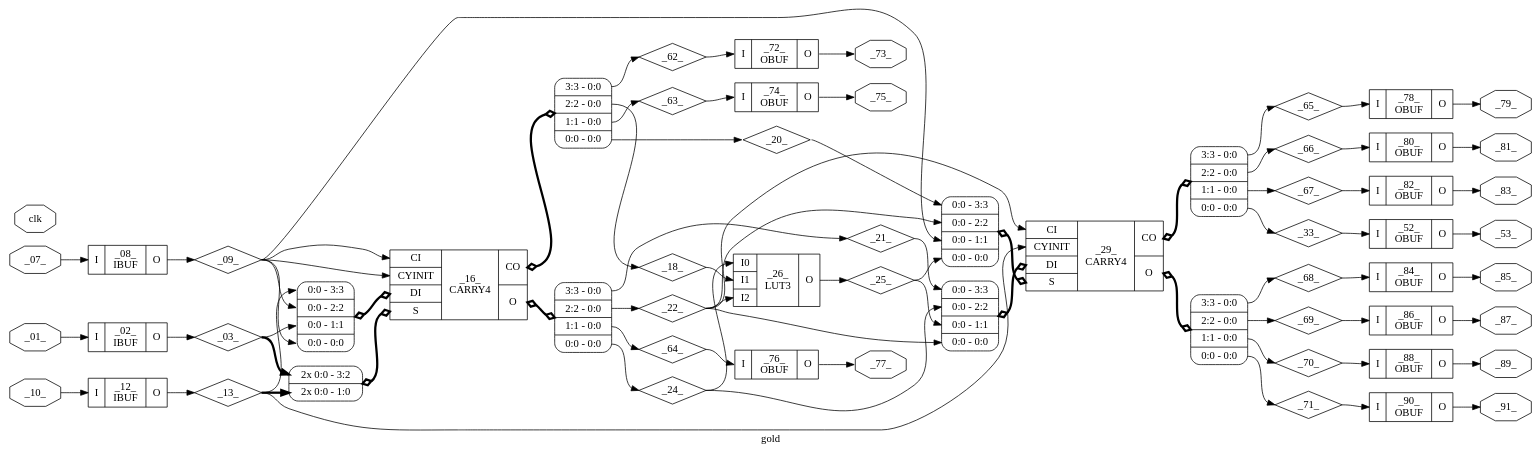
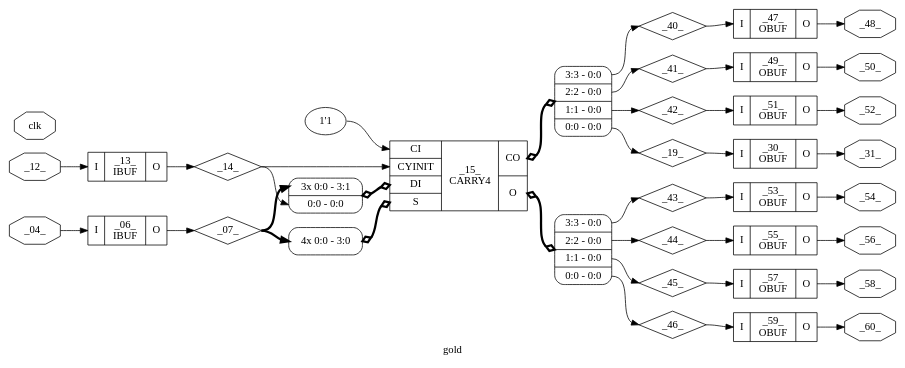
One commit to splogdes/fuznet changed the diagram in bug_dir/synth.dot. Above: the diagram before and after it, drawn with Graphviz. The commit also changed 12 other files, not shown here.

```diff
--- a/bug_dir/synth.dot
+++ b/bug_dir/synth.dot
@@ -2,138 +2,78 @@
 label="gold";
 rankdir="LR";
 remincross=true;
-n1 [ shape=diamond, label="_71_", color="black", fontcolor="black"];
-n2 [ shape=diamond, label="_70_", color="black", fontcolor="black"];
-n3 [ shape=diamond, label="_69_", color="black", fontcolor="black"];
-n4 [ shape=diamond, label="_68_", color="black", fontcolor="black"];
-n5 [ shape=diamond, label="_67_", color="black", fontcolor="black"];
-n6 [ shape=diamond, label="_66_", color="black", fontcolor="black"];
-n7 [ shape=diamond, label="_65_", color="black", fontcolor="black"];
-n8 [ shape=diamond, label="_64_", color="black", fontcolor="black"];
-n9 [ shape=diamond, label="_63_", color="black", fontcolor="black"];
-n10 [ shape=diamond, label="_62_", color="black", fontcolor="black"];
-n11 [ shape=diamond, label="_33_", color="black", fontcolor="black"];
-n12 [ shape=diamond, label="_25_", color="black", fontcolor="black"];
-n13 [ shape=diamond, label="_24_", color="black", fontcolor="black"];
-n14 [ shape=diamond, label="_22_", color="black", fontcolor="black"];
-n15 [ shape=diamond, label="_21_", color="black", fontcolor="black"];
-n16 [ shape=diamond, label="_20_", color="black", fontcolor="black"];
-n17 [ shape=diamond, label="_18_", color="black", fontcolor="black"];
-n18 [ shape=diamond, label="_13_", color="black", fontcolor="black"];
-n19 [ shape=diamond, label="_09_", color="black", fontcolor="black"];
-n20 [ shape=diamond, label="_03_", color="black", fontcolor="black"];
-n21 [ shape=octagon, label="_91_", color="black", fontcolor="black"];
-n22 [ shape=octagon, label="_89_", color="black", fontcolor="black"];
-n23 [ shape=octagon, label="_87_", color="black", fontcolor="black"];
-n24 [ shape=octagon, label="_85_", color="black", fontcolor="black"];
-n25 [ shape=octagon, label="_83_", color="black", fontcolor="black"];
-n26 [ shape=octagon, label="_81_", color="black", fontcolor="black"];
-n27 [ shape=octagon, label="_79_", color="black", fontcolor="black"];
-n28 [ shape=octagon, label="_77_", color="black", fontcolor="black"];
-n29 [ shape=octagon, label="_75_", color="black", fontcolor="black"];
-n30 [ shape=octagon, label="_73_", color="black", fontcolor="black"];
-n31 [ shape=octagon, label="_53_", color="black", fontcolor="black"];
-n32 [ shape=octagon, label="clk", color="black", fontcolor="black"];
-n33 [ shape=octagon, label="_10_", color="black", fontcolor="black"];
-n34 [ shape=octagon, label="_07_", color="black", fontcolor="black"];
-n35 [ shape=octagon, label="_01_", color="black", fontcolor="black"];
-c38 [ shape=record, label="{{<p36> I}|_90_\nOBUF|{<p37> O}}",  ];
-c39 [ shape=record, label="{{<p36> I}|_88_\nOBUF|{<p37> O}}",  ];
-c40 [ shape=record, label="{{<p36> I}|_86_\nOBUF|{<p37> O}}",  ];
-c41 [ shape=record, label="{{<p36> I}|_84_\nOBUF|{<p37> O}}",  ];
-c42 [ shape=record, label="{{<p36> I}|_82_\nOBUF|{<p37> O}}",  ];
-c43 [ shape=record, label="{{<p36> I}|_80_\nOBUF|{<p37> O}}",  ];
-c44 [ shape=record, label="{{<p36> I}|_78_\nOBUF|{<p37> O}}",  ];
-c45 [ shape=record, label="{{<p36> I}|_76_\nOBUF|{<p37> O}}",  ];
-c46 [ shape=record, label="{{<p36> I}|_74_\nOBUF|{<p37> O}}",  ];
-c47 [ shape=record, label="{{<p36> I}|_72_\nOBUF|{<p37> O}}",  ];
-c48 [ shape=record, label="{{<p36> I}|_52_\nOBUF|{<p37> O}}",  ];
-c54 [ shape=record, label="{{<p49> CI|<p50> CYINIT|<p51> DI|<p52> S}|_29_\nCARRY4|{<p53> CO|<p37> O}}",  ];
-x0 [ shape=record, style=rounded, label="<s3> 0:0 - 3:3 |<s2> 0:0 - 2:2 |<s1> 0:0 - 1:1 |<s0> 0:0 - 0:0 ", color="black", fontcolor="black" ];
-x0:e -> c54:p52:w [arrowhead=odiamond, arrowtail=odiamond, dir=both, color="black", fontcolor="black", style="setlinewidth(3)", label=""];
+n1 [ shape=diamond, label="_46_", color="black", fontcolor="black"];
+n2 [ shape=diamond, label="_45_", color="black", fontcolor="black"];
+n3 [ shape=diamond, label="_44_", color="black", fontcolor="black"];
+n4 [ shape=diamond, label="_43_", color="black", fontcolor="black"];
+n5 [ shape=diamond, label="_42_", color="black", fontcolor="black"];
+n6 [ shape=diamond, label="_41_", color="black", fontcolor="black"];
+n7 [ shape=diamond, label="_40_", color="black", fontcolor="black"];
+n8 [ shape=diamond, label="_19_", color="black", fontcolor="black"];
+n9 [ shape=diamond, label="_14_", color="black", fontcolor="black"];
+n10 [ shape=diamond, label="_07_", color="black", fontcolor="black"];
+n11 [ shape=octagon, label="_60_", color="black", fontcolor="black"];
+n12 [ shape=octagon, label="_58_", color="black", fontcolor="black"];
+n13 [ shape=octagon, label="_56_", color="black", fontcolor="black"];
+n14 [ shape=octagon, label="_54_", color="black", fontcolor="black"];
+n15 [ shape=octagon, label="_52_", color="black", fontcolor="black"];
+n16 [ shape=octagon, label="_50_", color="black", fontcolor="black"];
+n17 [ shape=octagon, label="_48_", color="black", fontcolor="black"];
+n18 [ shape=octagon, label="_31_", color="black", fontcolor="black"];
+n19 [ shape=octagon, label="_12_", color="black", fontcolor="black"];
+n20 [ shape=octagon, label="clk", color="black", fontcolor="black"];
+n21 [ shape=octagon, label="_04_", color="black", fontcolor="black"];
+c24 [ shape=record, label="{{<p22> I}|_59_\nOBUF|{<p23> O}}",  ];
+c25 [ shape=record, label="{{<p22> I}|_57_\nOBUF|{<p23> O}}",  ];
+c26 [ shape=record, label="{{<p22> I}|_55_\nOBUF|{<p23> O}}",  ];
+c27 [ shape=record, label="{{<p22> I}|_53_\nOBUF|{<p23> O}}",  ];
+c28 [ shape=record, label="{{<p22> I}|_51_\nOBUF|{<p23> O}}",  ];
+c29 [ shape=record, label="{{<p22> I}|_49_\nOBUF|{<p23> O}}",  ];
+c30 [ shape=record, label="{{<p22> I}|_47_\nOBUF|{<p23> O}}",  ];
+c31 [ shape=record, label="{{<p22> I}|_30_\nOBUF|{<p23> O}}",  ];
+v4 [ label="1'1" ];
+c37 [ shape=record, label="{{<p32> CI|<p33> CYINIT|<p34> DI|<p35> S}|_15_\nCARRY4|{<p36> CO|<p23> O}}",  ];
+x0 [ shape=record, style=rounded, label="<s3> 4x 0:0 - 3:0 ", color="black", fontcolor="black" ];
+x0:e -> c37:p35:w [arrowhead=odiamond, arrowtail=odiamond, dir=both, color="black", fontcolor="black", style="setlinewidth(3)", label=""];
 x1 [ shape=record, style=rounded, label="<s3> 3:3 - 0:0 |<s2> 2:2 - 0:0 |<s1> 1:1 - 0:0 |<s0> 0:0 - 0:0 ", color="black", fontcolor="black" ];
-c54:p37:e -> x1:w [arrowhead=odiamond, arrowtail=odiamond, dir=both, color="black", fontcolor="black", style="setlinewidth(3)", label=""];
-x2 [ shape=record, style=rounded, label="<s3> 0:0 - 3:3 |<s2> 0:0 - 2:2 |<s1> 0:0 - 1:1 |<s0> 0:0 - 0:0 ", color="black", fontcolor="black" ];
-x2:e -> c54:p51:w [arrowhead=odiamond, arrowtail=odiamond, dir=both, color="black", fontcolor="black", style="setlinewidth(3)", label=""];
+c37:p23:e -> x1:w [arrowhead=odiamond, arrowtail=odiamond, dir=both, color="black", fontcolor="black", style="setlinewidth(3)", label=""];
+x2 [ shape=record, style=rounded, label="<s3> 3x 0:0 - 3:1 |<s0> 0:0 - 0:0 ", color="black", fontcolor="black" ];
+x2:e -> c37:p34:w [arrowhead=odiamond, arrowtail=odiamond, dir=both, color="black", fontcolor="black", style="setlinewidth(3)", label=""];
 x3 [ shape=record, style=rounded, label="<s3> 3:3 - 0:0 |<s2> 2:2 - 0:0 |<s1> 1:1 - 0:0 |<s0> 0:0 - 0:0 ", color="black", fontcolor="black" ];
-c54:p53:e -> x3:w [arrowhead=odiamond, arrowtail=odiamond, dir=both, color="black", fontcolor="black", style="setlinewidth(3)", label=""];
-c58 [ shape=record, label="{{<p55> I0|<p56> I1|<p57> I2}|_26_\nLUT3|{<p37> O}}",  ];
-c59 [ shape=record, label="{{<p49> CI|<p50> CYINIT|<p51> DI|<p52> S}|_16_\nCARRY4|{<p53> CO|<p37> O}}",  ];
-x4 [ shape=record, style=rounded, label="<s3> 2x 0:0 - 3:2 |<s1> 2x 0:0 - 1:0 ", color="black", fontcolor="black" ];
-x4:e -> c59:p52:w [arrowhead=odiamond, arrowtail=odiamond, dir=both, color="black", fontcolor="black", style="setlinewidth(3)", label=""];
-x5 [ shape=record, style=rounded, label="<s3> 3:3 - 0:0 |<s2> 2:2 - 0:0 |<s1> 1:1 - 0:0 |<s0> 0:0 - 0:0 ", color="black", fontcolor="black" ];
-c59:p37:e -> x5:w [arrowhead=odiamond, arrowtail=odiamond, dir=both, color="black", fontcolor="black", style="setlinewidth(3)", label=""];
-x6 [ shape=record, style=rounded, label="<s3> 0:0 - 3:3 |<s2> 0:0 - 2:2 |<s1> 0:0 - 1:1 |<s0> 0:0 - 0:0 ", color="black", fontcolor="black" ];
-x6:e -> c59:p51:w [arrowhead=odiamond, arrowtail=odiamond, dir=both, color="black", fontcolor="black", style="setlinewidth(3)", label=""];
-x7 [ shape=record, style=rounded, label="<s3> 3:3 - 0:0 |<s2> 2:2 - 0:0 |<s1> 1:1 - 0:0 |<s0> 0:0 - 0:0 ", color="black", fontcolor="black" ];
-c59:p53:e -> x7:w [arrowhead=odiamond, arrowtail=odiamond, dir=both, color="black", fontcolor="black", style="setlinewidth(3)", label=""];
-c60 [ shape=record, label="{{<p36> I}|_12_\nIBUF|{<p37> O}}",  ];
-c61 [ shape=record, label="{{<p36> I}|_08_\nIBUF|{<p37> O}}",  ];
-c62 [ shape=record, label="{{<p36> I}|_02_\nIBUF|{<p37> O}}",  ];
+c37:p36:e -> x3:w [arrowhead=odiamond, arrowtail=odiamond, dir=both, color="black", fontcolor="black", style="setlinewidth(3)", label=""];
+c38 [ shape=record, label="{{<p22> I}|_13_\nIBUF|{<p23> O}}",  ];
+c39 [ shape=record, label="{{<p22> I}|_06_\nIBUF|{<p23> O}}",  ];
 x1:s0:e -> n1:w [color="black", fontcolor="black", label=""];
-n1:e -> c38:p36:w [color="black", fontcolor="black", label=""];
-x7:s3:e -> n10:w [color="black", fontcolor="black", label=""];
-n10:e -> c47:p36:w [color="black", fontcolor="black", label=""];
-x3:s0:e -> n11:w [color="black", fontcolor="black", label=""];
-n11:e -> c48:p36:w [color="black", fontcolor="black", label=""];
-c58:p37:e -> n12:w [color="black", fontcolor="black", label=""];
-n12:e -> x0:s0:w [color="black", fontcolor="black", label=""];
-n12:e -> x2:s1:w [color="black", fontcolor="black", label=""];
-x5:s0:e -> n13:w [color="black", fontcolor="black", label=""];
-n13:e -> c58:p55:w [color="black", fontcolor="black", label=""];
-n13:e -> x2:s2:w [color="black", fontcolor="black", label=""];
-x5:s2:e -> n14:w [color="black", fontcolor="black", label=""];
-n14:e -> c54:p49:w [color="black", fontcolor="black", label=""];
-n14:e -> c58:p57:w [color="black", fontcolor="black", label=""];
-n14:e -> x0:s2:w [color="black", fontcolor="black", label=""];
-n14:e -> x2:s0:w [color="black", fontcolor="black", label=""];
-x5:s3:e -> n15:w [color="black", fontcolor="black", label=""];
-n15:e -> x2:s3:w [color="black", fontcolor="black", label=""];
-x7:s0:e -> n16:w [color="black", fontcolor="black", label=""];
-n16:e -> x0:s3:w [color="black", fontcolor="black", label=""];
-x7:s2:e -> n17:w [color="black", fontcolor="black", label=""];
-n17:e -> c58:p56:w [color="black", fontcolor="black", label=""];
-c60:p37:e -> n18:w [color="black", fontcolor="black", label=""];
-n18:e -> c54:p50:w [color="black", fontcolor="black", label=""];
-n18:e -> x4:s1:w [color="black", fontcolor="black", style="setlinewidth(3)", label=""];
-n18:e -> x6:s3:w [color="black", fontcolor="black", label=""];
-c61:p37:e -> n19:w [color="black", fontcolor="black", label=""];
-n19:e -> c59:p49:w [color="black", fontcolor="black", label=""];
-n19:e -> c59:p50:w [color="black", fontcolor="black", label=""];
-n19:e -> x0:s1:w [color="black", fontcolor="black", label=""];
-n19:e -> x6:s0:w [color="black", fontcolor="black", label=""];
-n19:e -> x6:s2:w [color="black", fontcolor="black", label=""];
+n1:e -> c24:p22:w [color="black", fontcolor="black", label=""];
+c39:p23:e -> n10:w [color="black", fontcolor="black", label=""];
+n10:e -> x0:s3:w [color="black", fontcolor="black", style="setlinewidth(3)", label=""];
+n10:e -> x2:s3:w [color="black", fontcolor="black", style="setlinewidth(3)", label=""];
+c24:p23:e -> n11:w [color="black", fontcolor="black", label=""];
+c25:p23:e -> n12:w [color="black", fontcolor="black", label=""];
+c26:p23:e -> n13:w [color="black", fontcolor="black", label=""];
+c27:p23:e -> n14:w [color="black", fontcolor="black", label=""];
+c28:p23:e -> n15:w [color="black", fontcolor="black", label=""];
+c29:p23:e -> n16:w [color="black", fontcolor="black", label=""];
+c30:p23:e -> n17:w [color="black", fontcolor="black", label=""];
+c31:p23:e -> n18:w [color="black", fontcolor="black", label=""];
+n19:e -> c38:p22:w [color="black", fontcolor="black", label=""];
 x1:s1:e -> n2:w [color="black", fontcolor="black", label=""];
-n2:e -> c39:p36:w [color="black", fontcolor="black", label=""];
-c62:p37:e -> n20:w [color="black", fontcolor="black", label=""];
-n20:e -> x4:s3:w [color="black", fontcolor="black", style="setlinewidth(3)", label=""];
-n20:e -> x6:s1:w [color="black", fontcolor="black", label=""];
-c38:p37:e -> n21:w [color="black", fontcolor="black", label=""];
-c39:p37:e -> n22:w [color="black", fontcolor="black", label=""];
-c40:p37:e -> n23:w [color="black", fontcolor="black", label=""];
-c41:p37:e -> n24:w [color="black", fontcolor="black", label=""];
-c42:p37:e -> n25:w [color="black", fontcolor="black", label=""];
-c43:p37:e -> n26:w [color="black", fontcolor="black", label=""];
-c44:p37:e -> n27:w [color="black", fontcolor="black", label=""];
-c45:p37:e -> n28:w [color="black", fontcolor="black", label=""];
-c46:p37:e -> n29:w [color="black", fontcolor="black", label=""];
+n2:e -> c25:p22:w [color="black", fontcolor="black", label=""];
+n21:e -> c39:p22:w [color="black", fontcolor="black", label=""];
 x1:s2:e -> n3:w [color="black", fontcolor="black", label=""];
-n3:e -> c40:p36:w [color="black", fontcolor="black", label=""];
-c47:p37:e -> n30:w [color="black", fontcolor="black", label=""];
-c48:p37:e -> n31:w [color="black", fontcolor="black", label=""];
-n33:e -> c60:p36:w [color="black", fontcolor="black", label=""];
-n34:e -> c61:p36:w [color="black", fontcolor="black", label=""];
-n35:e -> c62:p36:w [color="black", fontcolor="black", label=""];
+n3:e -> c26:p22:w [color="black", fontcolor="black", label=""];
 x1:s3:e -> n4:w [color="black", fontcolor="black", label=""];
-n4:e -> c41:p36:w [color="black", fontcolor="black", label=""];
+n4:e -> c27:p22:w [color="black", fontcolor="black", label=""];
 x3:s1:e -> n5:w [color="black", fontcolor="black", label=""];
-n5:e -> c42:p36:w [color="black", fontcolor="black", label=""];
+n5:e -> c28:p22:w [color="black", fontcolor="black", label=""];
 x3:s2:e -> n6:w [color="black", fontcolor="black", label=""];
-n6:e -> c43:p36:w [color="black", fontcolor="black", label=""];
+n6:e -> c29:p22:w [color="black", fontcolor="black", label=""];
 x3:s3:e -> n7:w [color="black", fontcolor="black", label=""];
-n7:e -> c44:p36:w [color="black", fontcolor="black", label=""];
-x5:s1:e -> n8:w [color="black", fontcolor="black", label=""];
-n8:e -> c45:p36:w [color="black", fontcolor="black", label=""];
-x7:s1:e -> n9:w [color="black", fontcolor="black", label=""];
-n9:e -> c46:p36:w [color="black", fontcolor="black", label=""];
+n7:e -> c30:p22:w [color="black", fontcolor="black", label=""];
+x3:s0:e -> n8:w [color="black", fontcolor="black", label=""];
+n8:e -> c31:p22:w [color="black", fontcolor="black", label=""];
+c38:p23:e -> n9:w [color="black", fontcolor="black", label=""];
+n9:e -> c37:p33:w [color="black", fontcolor="black", label=""];
+n9:e -> x2:s0:w [color="black", fontcolor="black", label=""];
+v4:e -> c37:p32:w [color="black", fontcolor="black", label=""];
 }
```
